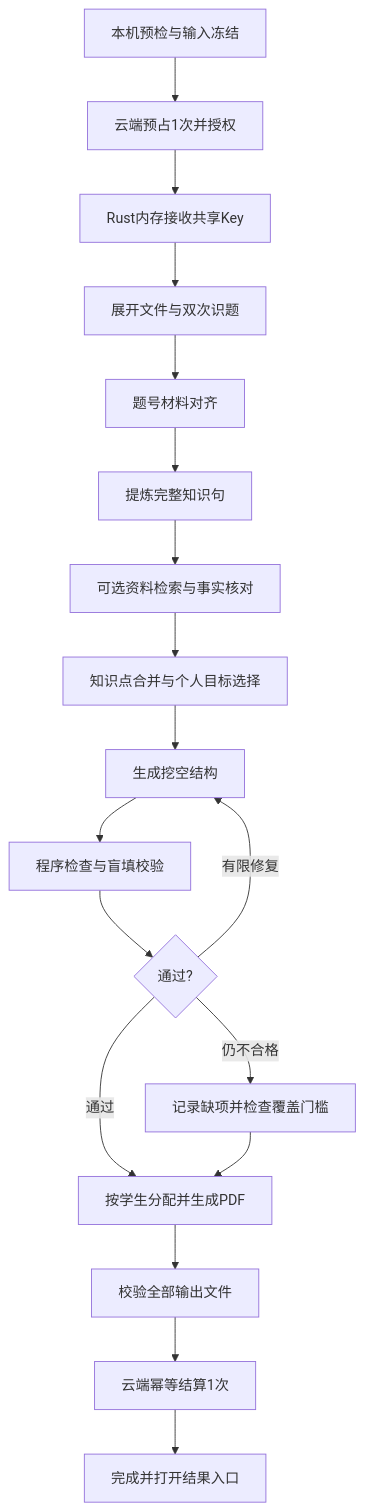
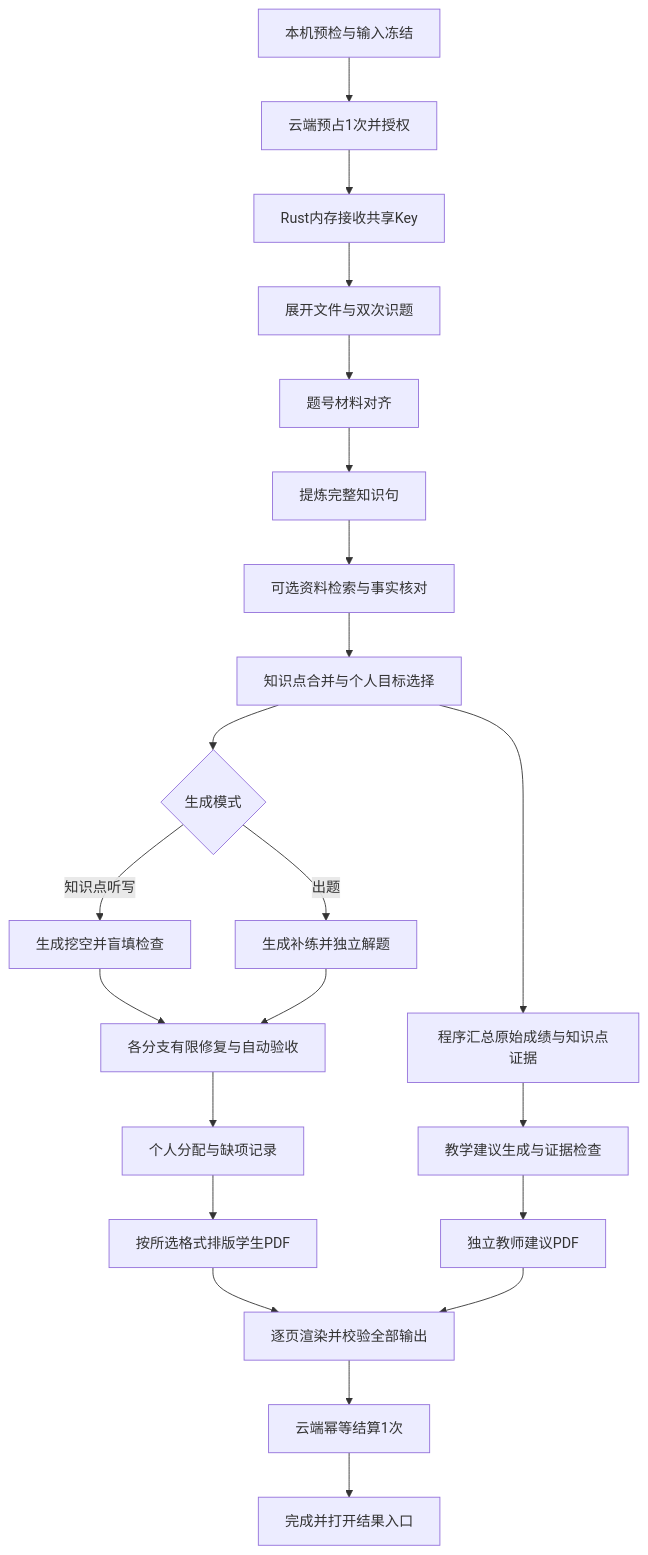
Before and after one commit to qiiiiii4869/mistake-practice-agent: the diagram in Agent知识点挖空工作流实施计划.md, drawn with Mermaid. The commit also changed other lines of this file and 1 other file, not shown here.

````diff
--- a/Agent知识点挖空工作流实施计划.md
+++ b/Agent知识点挖空工作流实施计划.md
@@ -94,20 +108,24 @@
 ```mermaid
 flowchart TD
   A[本机预检与输入冻结] --> B[云端预占1次并授权]
   B --> C[Rust内存接收共享Key]
   C --> D[展开文件与双次识题]
   D --> E[题号材料对齐]
   E --> F[提炼完整知识句]
   F --> G[可选资料检索与事实核对]
   G --> H[知识点合并与个人目标选择]
-  H --> I[生成挖空结构]
-  I --> J[程序检查与盲填校验]
-  J --> K{通过?}
-  K -->|有限修复| I
-  K -->|通过| L[按学生分配并生成PDF]
-  K -->|仍不合格| M[记录缺项并检查覆盖门槛]
-  M --> L
-  L --> N[校验全部输出文件]
+  H --> R{生成模式}
+  R -->|知识点听写| I[生成挖空并盲填检查]
+  R -->|出题| Q[生成补练并独立解题]
+  I --> J[各分支有限修复与自动验收]
+  Q --> J
+  J --> L[个人分配与缺项记录]
+  H --> S[程序汇总原始成绩与知识点证据]
+  S --> T[教学建议生成与证据检查]
+  L --> K[按所选格式排版学生PDF]
+  T --> V[独立教师建议PDF]
+  K --> N[逐页渲染并校验全部输出]
+  V --> N
   N --> O[云端幂等结算1次]
   O --> P[完成并打开结果入口]
 ```
````
